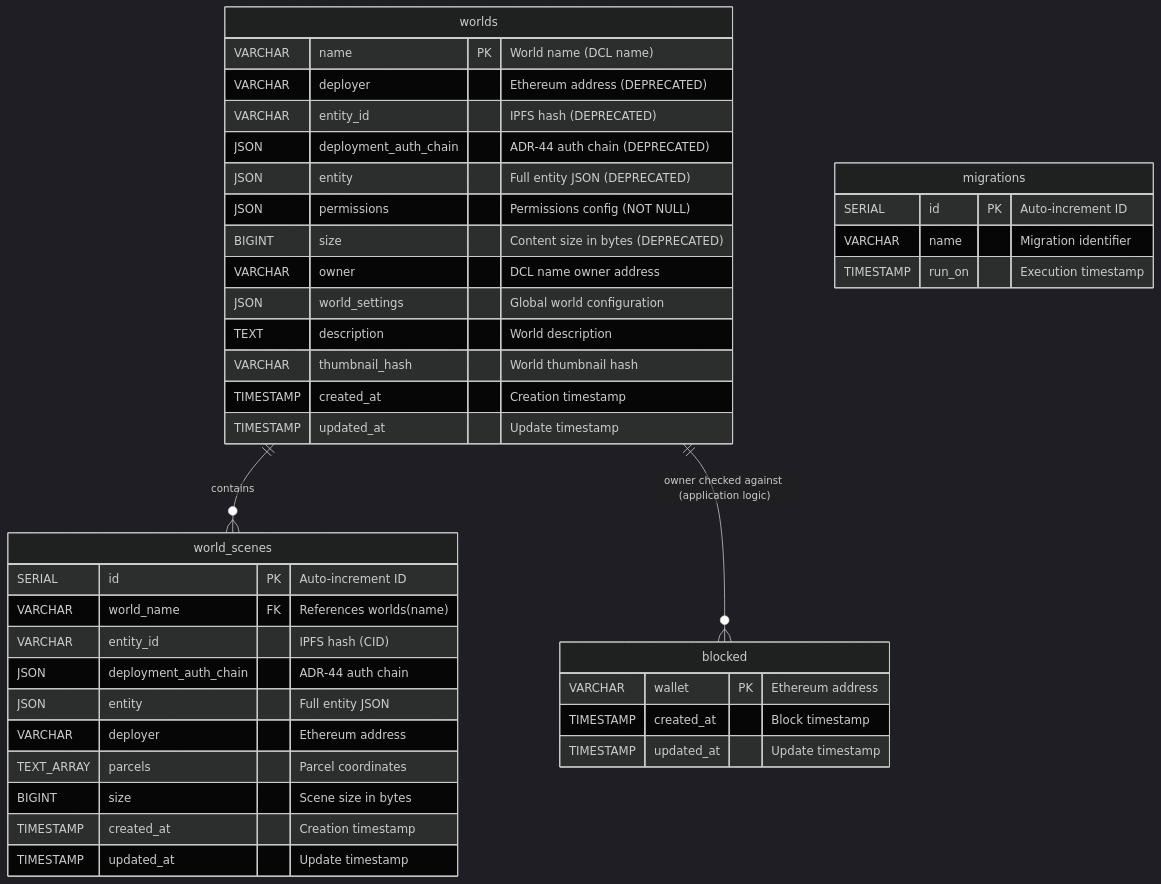
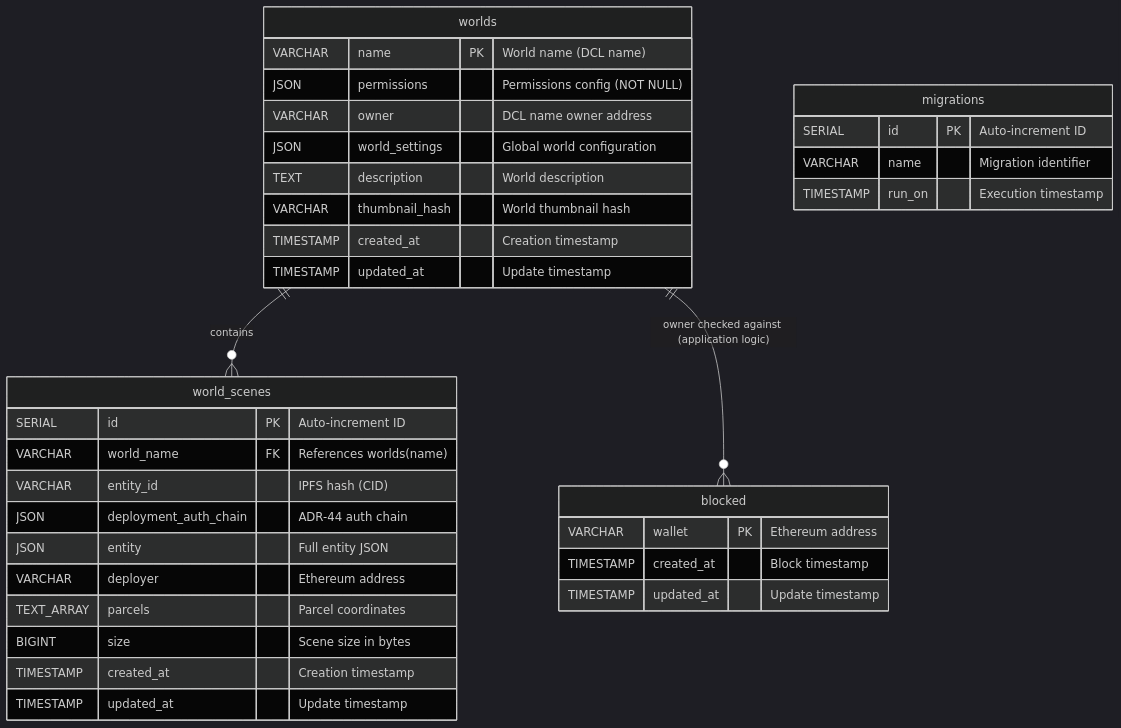
One commit to decentraland/worlds-content-server changed the diagram in docs/database-schema.md. Above: the diagram before and after it, drawn with Mermaid (dark theme). The commit also changed other lines of this file and 12 other files, not shown here.

````diff
--- a/docs/database-schema.md
+++ b/docs/database-schema.md
@@ -17,46 +18,41 @@
 ```mermaid
 erDiagram
     worlds {
         VARCHAR name PK "World name (DCL name)"
-        VARCHAR deployer "Ethereum address (DEPRECATED)"
-        VARCHAR entity_id "IPFS hash (DEPRECATED)"
-        JSON deployment_auth_chain "ADR-44 auth chain (DEPRECATED)"
-        JSON entity "Full entity JSON (DEPRECATED)"
         JSON permissions "Permissions config (NOT NULL)"
-        BIGINT size "Content size in bytes (DEPRECATED)"
         VARCHAR owner "DCL name owner address"
         JSON world_settings "Global world configuration"
         TEXT description "World description"
         VARCHAR thumbnail_hash "World thumbnail hash"
         TIMESTAMP created_at "Creation timestamp"
         TIMESTAMP updated_at "Update timestamp"
     }
-    
+
     world_scenes {
         SERIAL id PK "Auto-increment ID"
         VARCHAR world_name FK "References worlds(name)"
         VARCHAR entity_id "IPFS hash (CID)"
         JSON deployment_auth_chain "ADR-44 auth chain"
         JSON entity "Full entity JSON"
         VARCHAR deployer "Ethereum address"
         TEXT_ARRAY parcels "Parcel coordinates"
         BIGINT size "Scene size in bytes"
         TIMESTAMP created_at "Creation timestamp"
         TIMESTAMP updated_at "Update timestamp"
     }
-    
+
     blocked {
         VARCHAR wallet PK "Ethereum address"
         TIMESTAMP created_at "Block timestamp"
         TIMESTAMP updated_at "Update timestamp"
     }
-    
+
     migrations {
         SERIAL id PK "Auto-increment ID"
         VARCHAR name "Migration identifier"
         TIMESTAMP run_on "Execution timestamp"
     }
-    
+
     worlds ||--o{ world_scenes : "contains"
     worlds ||--o{ blocked : "owner checked against (application logic)"
 ```
````
